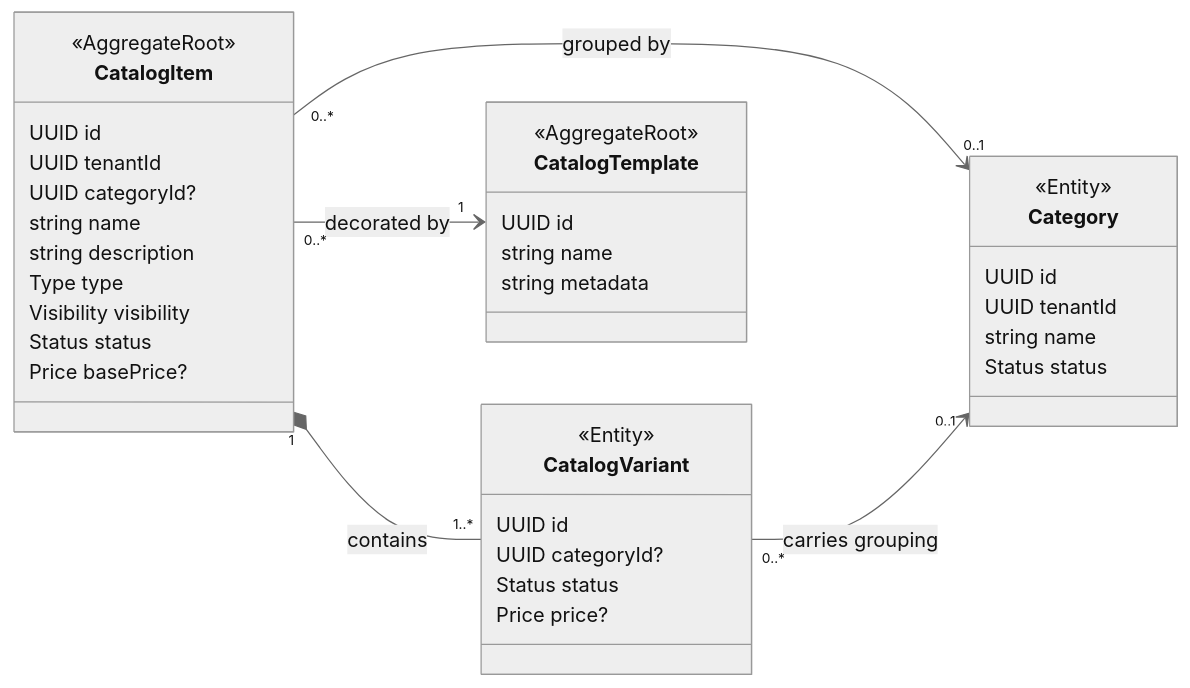
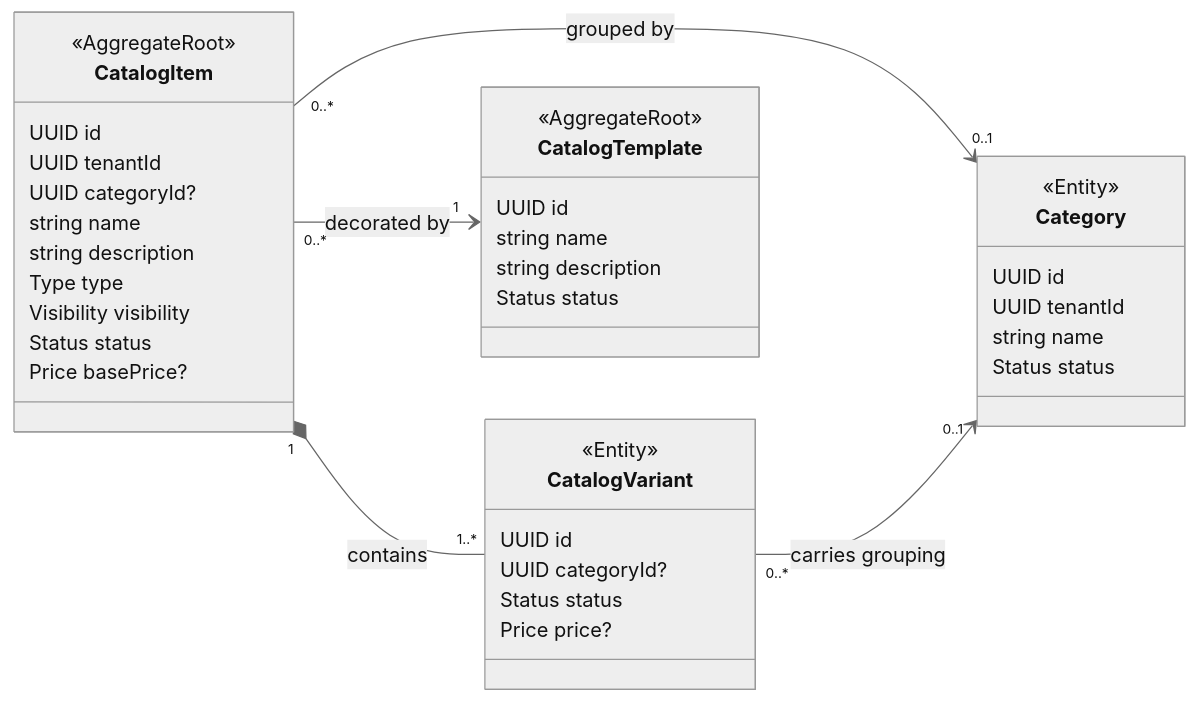
Before and after one commit to NicolaRebola/OmniCore: the diagram in catalog-service/README.md, drawn with Mermaid (neutral theme). The commit also changed other lines of this file and 5 other files, not shown here.

````diff
--- a/catalog-service/README.md
+++ b/catalog-service/README.md
@@ -86,45 +86,46 @@
 ```mermaid
 classDiagram
     direction LR
 
     class CatalogItem {
         <<AggregateRoot>>
         UUID id
         UUID tenantId
         UUID categoryId?
         string name
         string description
         Type type
         Visibility visibility
         Status status
         Price basePrice?
     }
 
     class CatalogVariant {
         <<Entity>>
         UUID id
         UUID categoryId?
         Status status
         Price price?
     }
 
     class CatalogTemplate {
         <<AggregateRoot>>
         UUID id
         string name
-        string metadata
+        string description
+        Status status
     }
 
     class Category {
         <<Entity>>
         UUID id
         UUID tenantId
         string name
         Status status
     }
 
     CatalogItem "1" *-- "1..*" CatalogVariant : contains
     CatalogItem "0..*" --> "1" CatalogTemplate : decorated by
     CatalogItem "0..*" --> "0..1" Category : grouped by
     CatalogVariant "0..*" --> "0..1" Category : carries grouping
 ```
````
